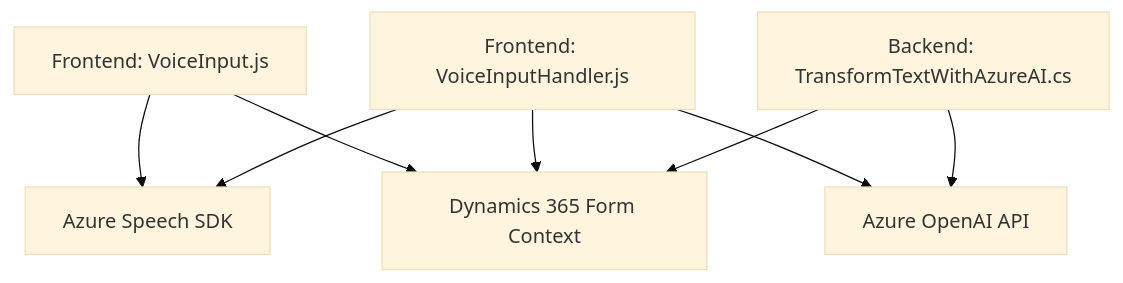
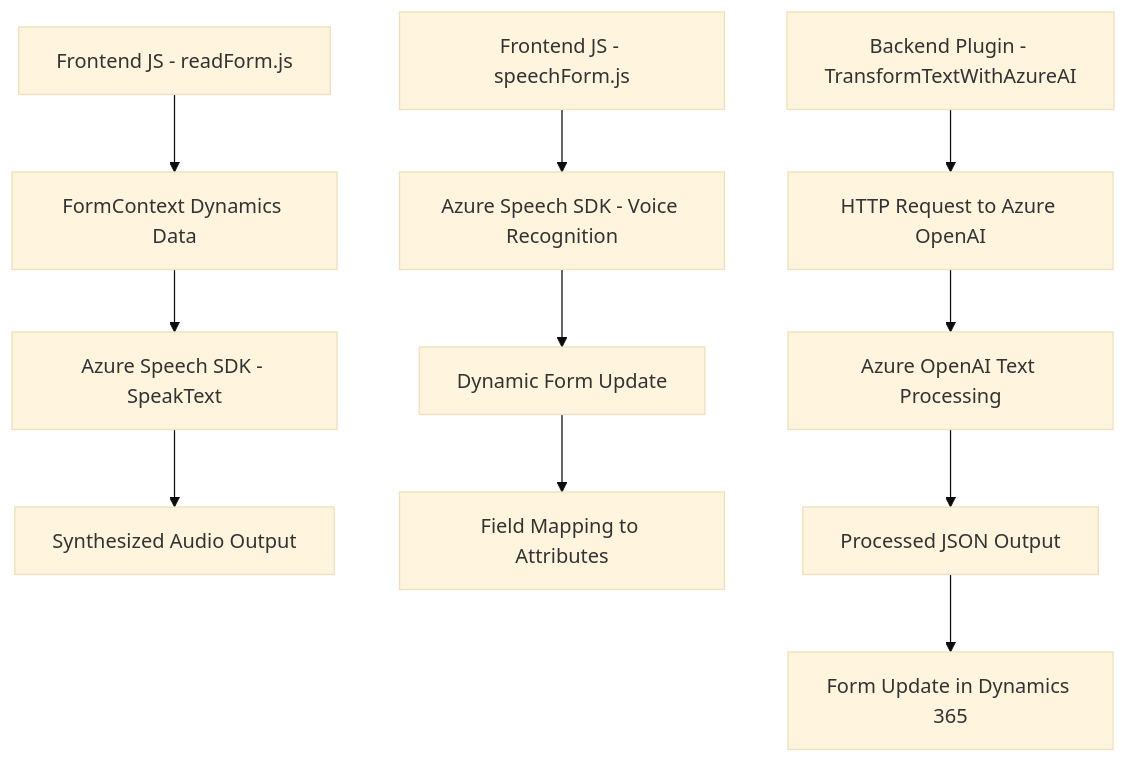
One commit to blopezdm/NETCORE_BILBAO2025 changed the diagram in README.md. Above: the diagram before and after it, drawn with Mermaid (base theme). The commit also changed other lines of this file, not shown here.

````diff
--- a/README.md
+++ b/README.md
@@ -53,17 +59,15 @@
 ```mermaid
 graph TD
-A["Frontend: VoiceInput.js"]
-B["Frontend: VoiceInputHandler.js"]
-C["Backend: TransformTextWithAzureAI.cs"]
-D["Azure Speech SDK"]
-E["Azure OpenAI API"]
-F["Dynamics 365 Form Context"]
+    A["Frontend JS - readForm.js"] --> B["FormContext Dynamics Data"]
+    B --> C["Azure Speech SDK - SpeakText"]
+    C --> D["Synthesized Audio Output"]
 
-A --> D
-A --> F
-B --> D
-B --> E
-B --> F
-C --> E
-C --> F
+    E["Frontend JS - speechForm.js"] --> F["Azure Speech SDK - Voice Recognition"]
+    F --> G["Dynamic Form Update"]
+    G --> H["Field Mapping to Attributes"]
+
+    I["Backend Plugin - TransformTextWithAzureAI"] --> J["HTTP Request to Azure OpenAI"]
+    J --> K["Azure OpenAI Text Processing"]
+    K --> L["Processed JSON Output"]
+    L --> M["Form Update in Dynamics 365"]
 ```
````
